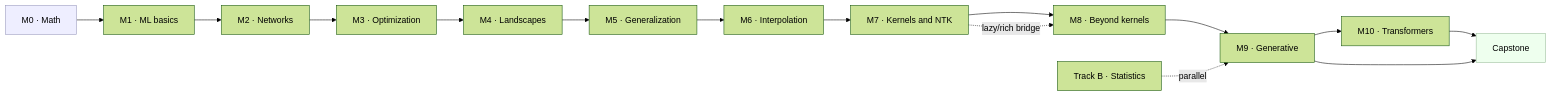
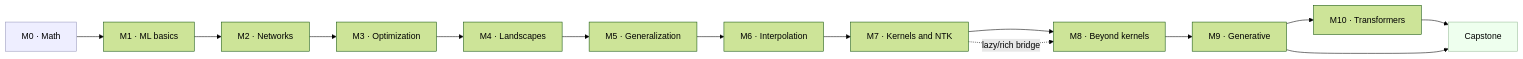
Before and after one commit to hanjidani/todl-course: the diagram in docs/course-map.md, drawn with Mermaid (forest theme). The commit also changed other lines of this file and 5 other files, not shown here.

Commit message:
remove statistics Track B (not related): sequence, course-map, mermaid, index, README, sources, book-chapters

````diff
--- a/docs/course-map.md
+++ b/docs/course-map.md
@@ -14,12 +14,11 @@
 ```mermaid
 flowchart LR
     M0["M0 · Math"] --> M1["M1 · ML basics"] --> M2["M2 · Networks"] --> M3["M3 · Optimization"] --> M4["M4 · Landscapes"]
     M4 --> M5["M5 · Generalization"] --> M6["M6 · Interpolation"] --> M7["M7 · Kernels and NTK"]
     M7 --> M8["M8 · Beyond kernels"] --> M9["M9 · Generative"] --> M10["M10 · Transformers"]
-    TB["Track B · Statistics"] -. parallel .-> M9
     M10 --> CAP["Capstone"]
     M9 --> CAP
     M7 -. "lazy/rich bridge" .-> M8
     style M0 fill:#eef,stroke:#99b
     style CAP fill:#efe,stroke:#9b9
 ```
````
